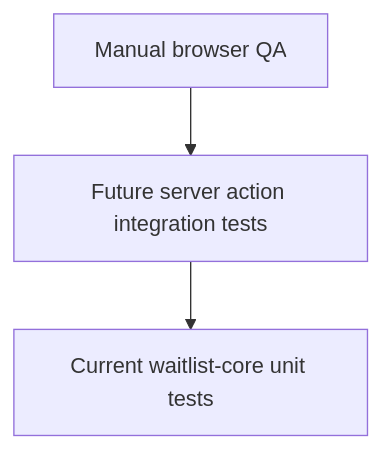
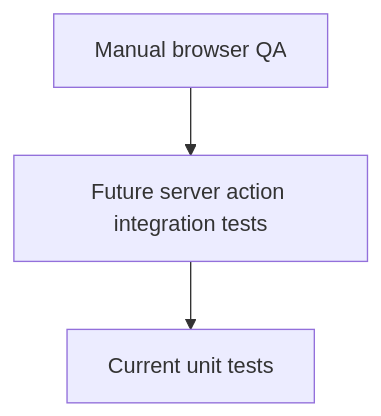
One commit to KipianiNikoloz/FoodLoop changed the diagram in docs/testing.md. Above: the diagram before and after it, drawn with Mermaid. The commit also changed other lines of this file and 25 other files, not shown here.

````diff
--- a/docs/testing.md
+++ b/docs/testing.md
@@ -7,9 +7,9 @@
 ```mermaid
 flowchart TD
   Manual[Manual browser QA]
   Integration[Future server action integration tests]
-  Unit[Current waitlist-core unit tests]
+  Unit[Current unit tests]
 
   Manual --> Integration
   Integration --> Unit
 ```
````
